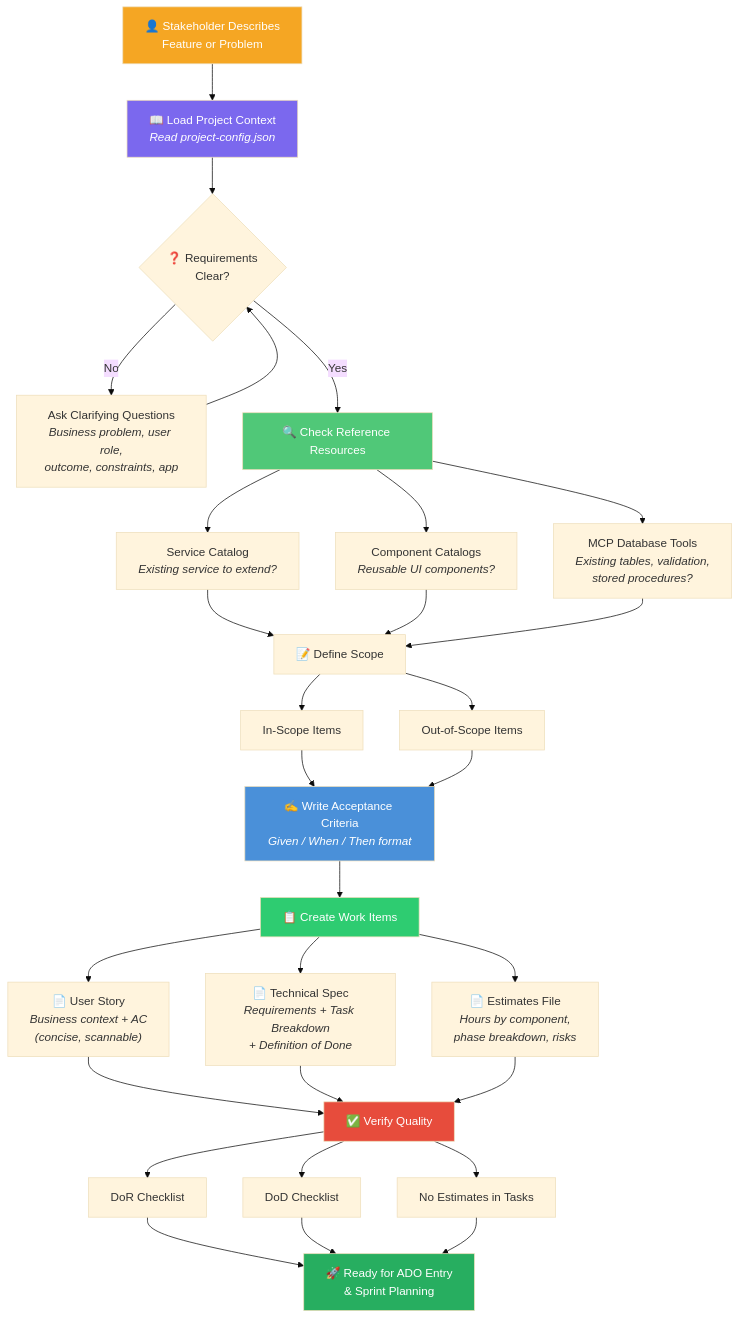
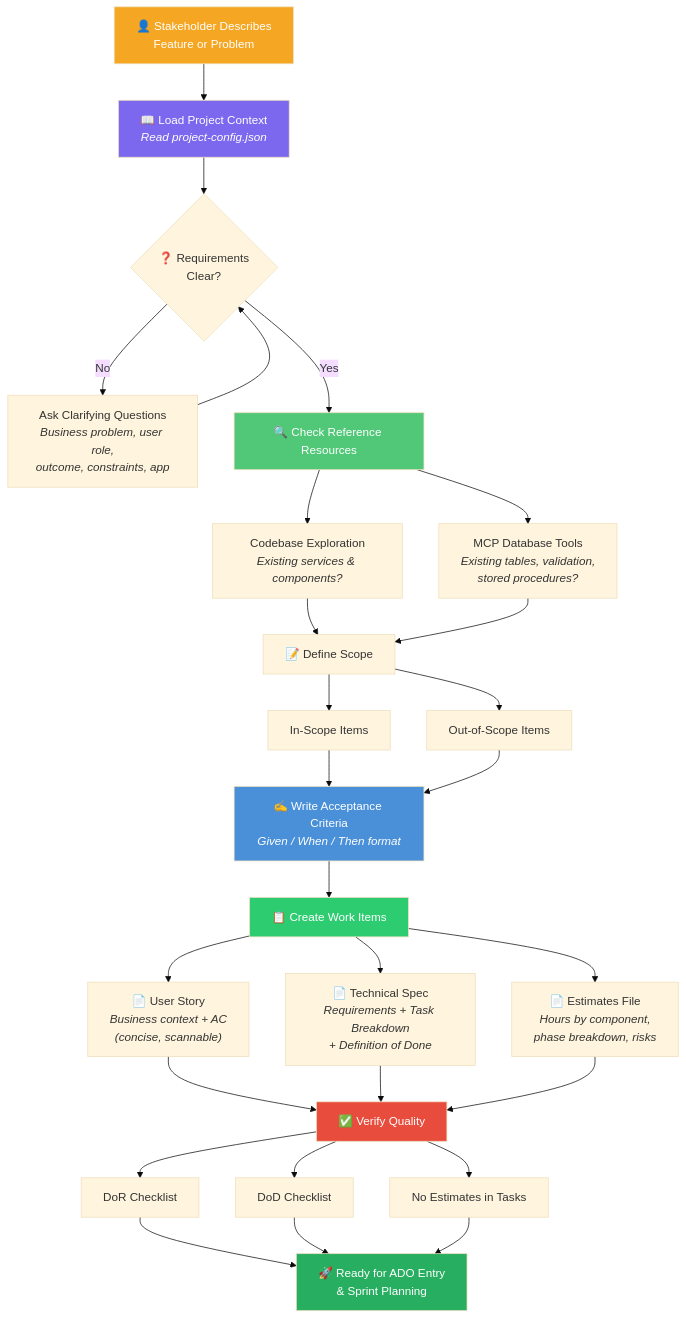
Before and after one commit to dnewton-brocksolutions/copilot-product-analyst: the second of 7 diagrams in documentation/PA-AGENT-DIAGRAMS.md, drawn with Mermaid (base theme). The commit also changed other lines of this file and 10 other files, not shown here.

````diff
--- a/documentation/PA-AGENT-DIAGRAMS.md
+++ b/documentation/PA-AGENT-DIAGRAMS.md
@@ -73,48 +70,46 @@
 ```mermaid
 flowchart TD
     A["👤 Stakeholder Describes<br/>Feature or Problem"] --> B["📖 Load Project Context<br/><i>Read project-config.json</i>"]
     B --> C{"❓ Requirements<br/>Clear?"}
     C -->|No| D["Ask Clarifying Questions<br/><i>Business problem, user role,<br/>outcome, constraints, app</i>"]
     D --> C
     C -->|Yes| E["🔍 Check Reference Resources"]
 
-    E --> E1["Service Catalog<br/><i>Existing service to extend?</i>"]
-    E --> E2["Component Catalogs<br/><i>Reusable UI components?</i>"]
-    E --> E3["MCP Database Tools<br/><i>Existing tables, validation,<br/>stored procedures?</i>"]
+    E --> E1["Codebase Exploration<br/><i>Existing services & components?</i>"]
+    E --> E2["MCP Database Tools<br/><i>Existing tables, validation,<br/>stored procedures?</i>"]
 
     E1 --> F["📝 Define Scope"]
     E2 --> F
-    E3 --> F
 
     F --> F1["In-Scope Items"]
     F --> F2["Out-of-Scope Items"]
 
     F1 --> G["✍️ Write Acceptance Criteria<br/><i>Given / When / Then format</i>"]
     F2 --> G
 
     G --> H["📋 Create Work Items"]
 
     H --> H1["📄 User Story<br/><i>Business context + AC<br/>(concise, scannable)</i>"]
     H --> H2["📄 Technical Spec<br/><i>Requirements + Task Breakdown<br/>+ Definition of Done</i>"]
     H --> H3["📄 Estimates File<br/><i>Hours by component,<br/>phase breakdown, risks</i>"]
 
     H1 --> I["✅ Verify Quality"]
     H2 --> I
     H3 --> I
 
     I --> I1["DoR Checklist"]
     I --> I2["DoD Checklist"]
     I --> I3["No Estimates in Tasks"]
 
     I1 --> J["🚀 Ready for ADO Entry<br/>& Sprint Planning"]
     I2 --> J
     I3 --> J
 
     style A fill:#F5A623,color:#fff
     style B fill:#7B68EE,color:#fff
     style E fill:#50C878,color:#fff
     style G fill:#4A90D9,color:#fff
     style H fill:#2ECC71,color:#fff
     style I fill:#E74C3C,color:#fff
     style J fill:#27AE60,color:#fff
 ```
````
